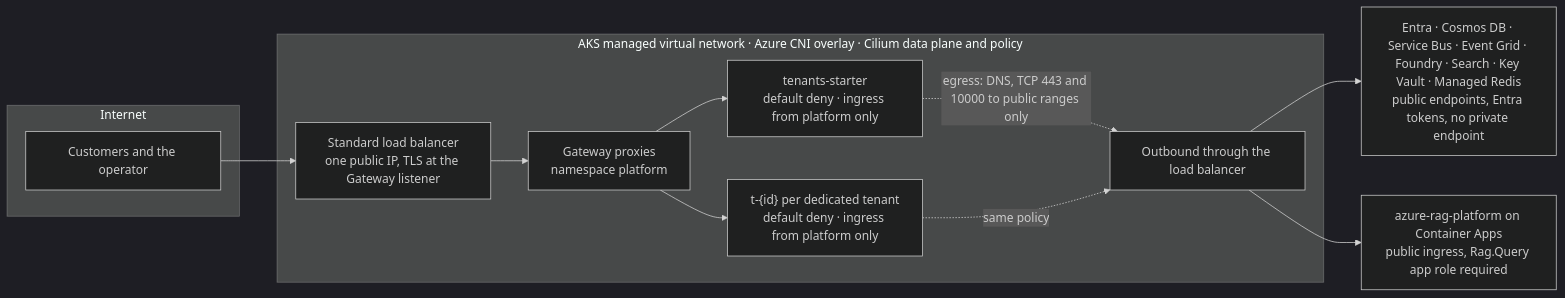
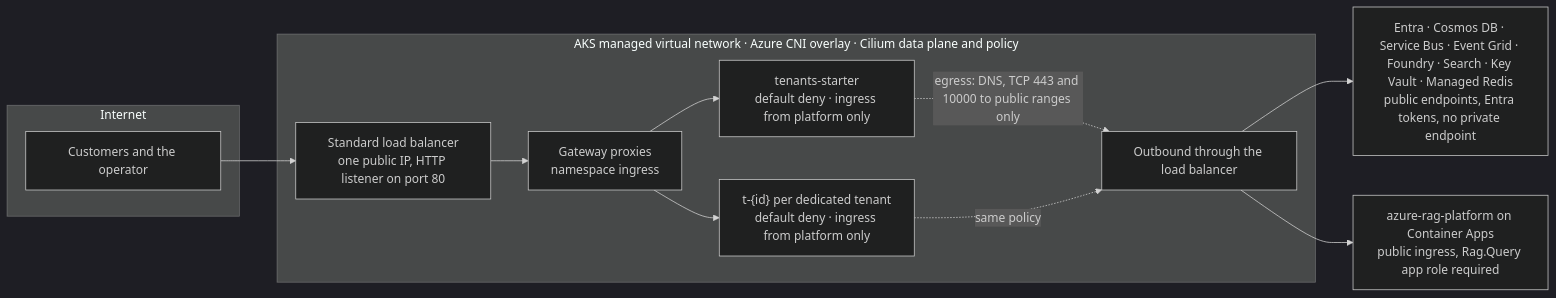
One commit to Rodrigo-GomezdelMoral/azure-ai-saas-platform changed the second of 4 diagrams in docs/architecture.md. Above: the diagram before and after it, drawn with Mermaid (dark theme). The commit also changed other lines of this file and 43 other files, not shown here.

````diff
--- a/docs/architecture.md
+++ b/docs/architecture.md
@@ -46,16 +46,16 @@
 ```mermaid
 graph LR
     subgraph internet["Internet"]
         CL["Customers and the operator"]
     end
     subgraph vnet["AKS managed virtual network · Azure CNI overlay · Cilium data plane and policy"]
-        LB["Standard load balancer<br/>one public IP, TLS at the Gateway listener"] --> GWP["Gateway proxies<br/>namespace platform"]
+        LB["Standard load balancer<br/>one public IP, HTTP listener on port 80"] --> GWP["Gateway proxies<br/>namespace ingress"]
         GWP --> NS1["tenants-starter<br/>default deny · ingress from platform only"]
         GWP --> NS2["t-{id} per dedicated tenant<br/>default deny · ingress from platform only"]
         NS1 -. "egress: DNS, TCP 443 and 10000 to public ranges only" .-> OUT["Outbound through the load balancer"]
         NS2 -. "same policy" .-> OUT
     end
     CL --> LB
     OUT --> PAAS["Entra · Cosmos DB · Service Bus · Event Grid · Foundry · Search · Key Vault · Managed Redis<br/>public endpoints, Entra tokens, no private endpoint"]
     OUT --> RAG["azure-rag-platform on Container Apps<br/>public ingress, Rag.Query app role required"]
 ```
````
